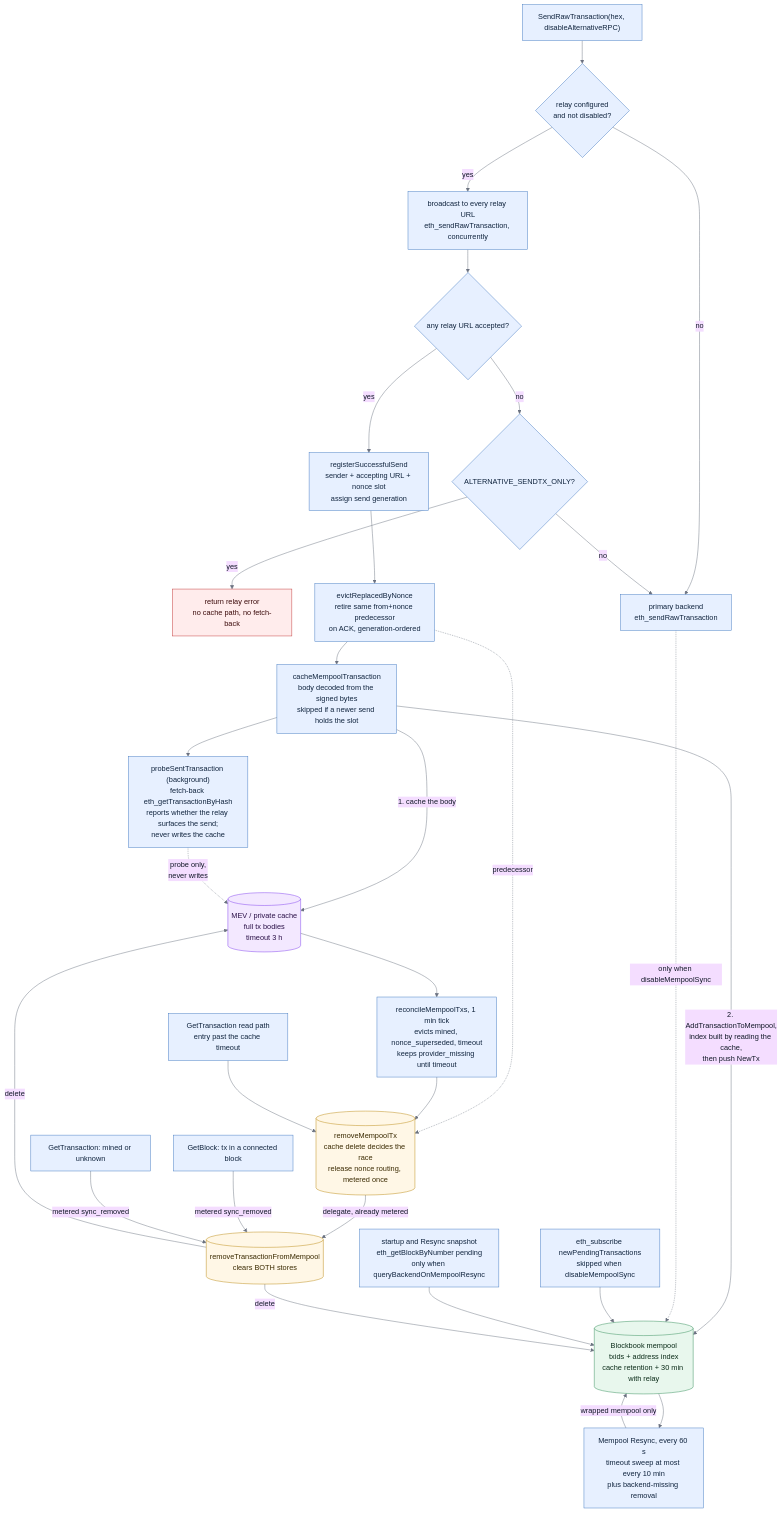
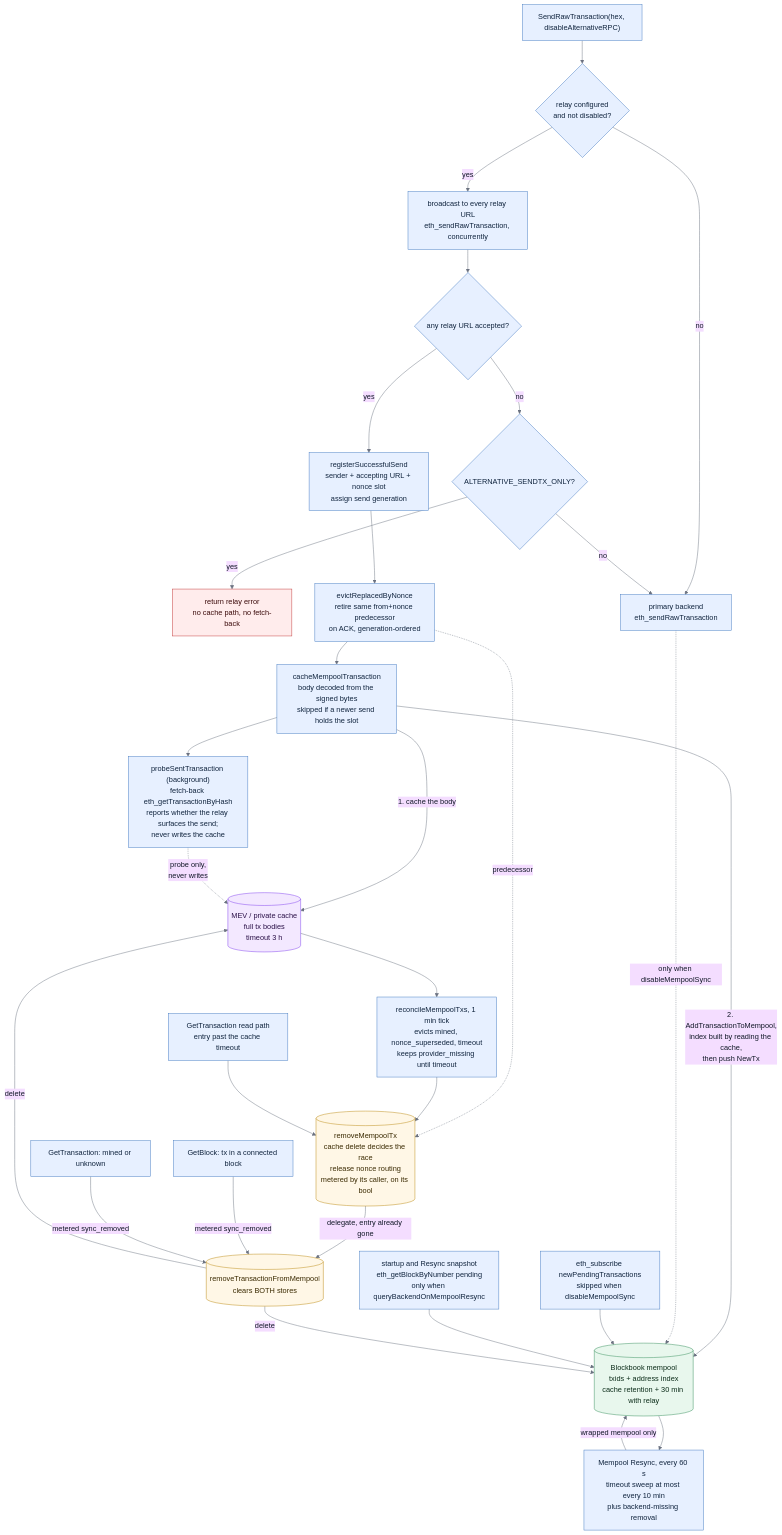
Before and after one commit to trezor/blockbook: the first of 3 diagrams in docs/evm-send-mempools.md, drawn with Mermaid. The commit also changed other lines of this file and 2 other files, not shown here.

````diff
--- a/docs/evm-send-mempools.md
+++ b/docs/evm-send-mempools.md
@@ -35,66 +35,66 @@
 ```mermaid
 %%{init: {"theme": "base", "themeVariables": {"lineColor": "#6b7280", "primaryTextColor": "#111827"}}}%%
 flowchart TD
     send["SendRawTransaction(hex, disableAlternativeRPC)"]
     route{"relay configured<br/>and not disabled?"}
     relay["broadcast to every relay URL<br/>eth_sendRawTransaction, concurrently"]
     acc{"any relay URL accepted?"}
     only{"ALTERNATIVE_SENDTX_ONLY?"}
     fail["return relay error<br/>no cache path, no fetch-back"]
     primary["primary backend<br/>eth_sendRawTransaction"]
     reg["registerSuccessfulSend<br/>sender + accepting URL + nonce slot<br/>assign send generation"]
     ackevict["evictReplacedByNonce<br/>retire same from+nonce predecessor<br/>on ACK, generation-ordered"]
     cache["cacheMempoolTransaction<br/>body decoded from the signed bytes<br/>skipped if a newer send holds the slot"]
     handle["probeSentTransaction (background)<br/>fetch-back eth_getTransactionByHash<br/>reports whether the relay surfaces the send;<br/>never writes the cache"]
 
     ws["eth_subscribe newPendingTransactions<br/>skipped when disableMempoolSync"]
     snap["startup and Resync snapshot<br/>eth_getBlockByNumber pending<br/>only when queryBackendOnMempoolResync"]
 
     alt[("MEV / private cache<br/>full tx bodies<br/>timeout 3 h")]
     pub[("Blockbook mempool<br/>txids + address index<br/>cache retention + 30 min with relay")]
 
     altrec["reconcileMempoolTxs, 1 min tick<br/>evicts mined, nonce_superseded, timeout<br/>keeps provider_missing until timeout"]
     pubrec["Mempool Resync, every 60 s<br/>timeout sweep at most every 10 min<br/>plus backend-missing removal"]
 
     readalt["GetTransaction read path<br/>entry past the cache timeout"]
     blk["GetBlock: tx in a connected block"]
     readmined["GetTransaction: mined or unknown"]
 
-    altrm[("removeMempoolTx<br/>cache delete decides the race<br/>release nonce routing, metered once")]
+    altrm[("removeMempoolTx<br/>cache delete decides the race<br/>release nonce routing<br/>metered by its caller, on its bool")]
     bothrm[("removeTransactionFromMempool<br/>clears BOTH stores")]
 
     send --> route
     route -- "no" --> primary
     route -- "yes" --> relay --> acc
     acc -- "no" --> only
     only -- "yes" --> fail
     only -- "no" --> primary
     acc -- "yes" --> reg --> ackevict --> cache --> handle
     ackevict -. "predecessor" .-> altrm
     cache -- "1. cache the body" --> alt
     cache -- "2. AddTransactionToMempool,<br/>index built by reading the cache,<br/>then push NewTx" --> pub
     handle -. "probe only,<br/>never writes" .-> alt
     primary -. "only when disableMempoolSync" .-> pub
     ws --> pub
     snap --> pub
 
     alt --> altrec --> altrm
     readalt --> altrm
-    altrm -- "delegate, already metered" --> bothrm
+    altrm -- "delegate, entry already gone" --> bothrm
     blk -- "metered sync_removed" --> bothrm
     readmined -- "metered sync_removed" --> bothrm
     bothrm -- "delete" --> alt
     bothrm -- "delete" --> pub
     pub --> pubrec -- "wrapped mempool only" --> pub
 
     classDef step fill:#e7f0ff,stroke:#4078c0,color:#10243e;
     classDef mev fill:#f3e8ff,stroke:#7c3aed,color:#2b1148;
     classDef pubstore fill:#e8f7ed,stroke:#2e8b57,color:#0b2c19;
     classDef sink fill:#fff7e6,stroke:#b8860b,color:#3a2a00;
     classDef error fill:#ffecec,stroke:#c03535,color:#3b0a0a;
     class send,route,relay,acc,only,primary,reg,ackevict,cache,handle,ws,snap,altrec,pubrec,readalt,blk,readmined step;
     class alt mev;
     class pub pubstore;
     class altrm,bothrm sink;
     class fail error;
 ```
````
